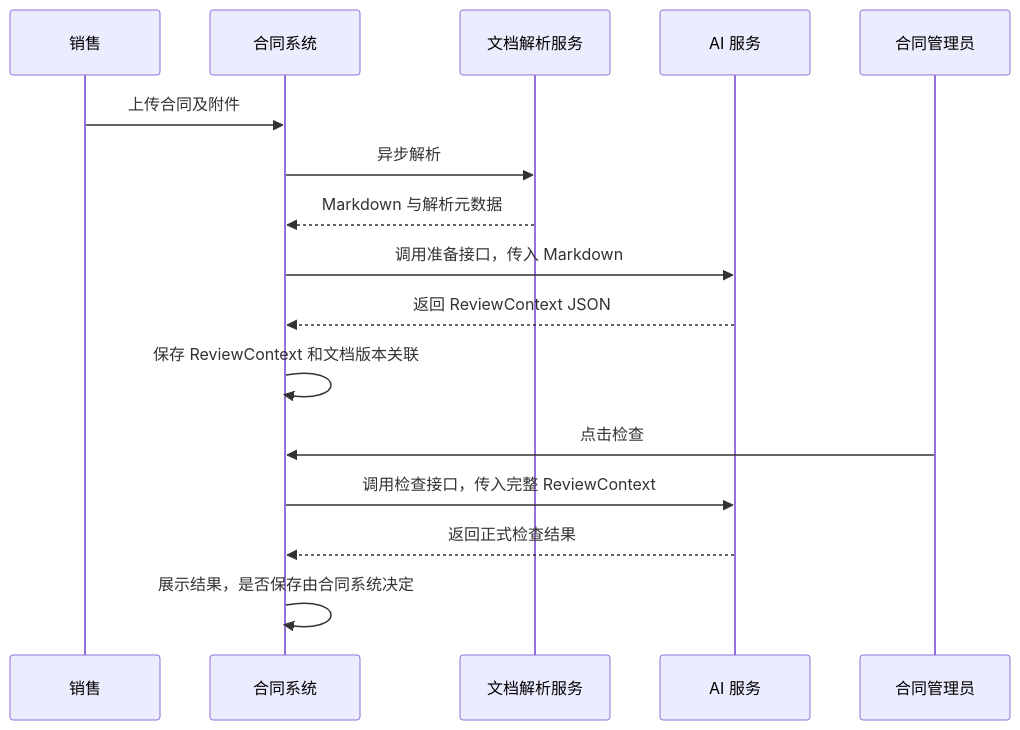
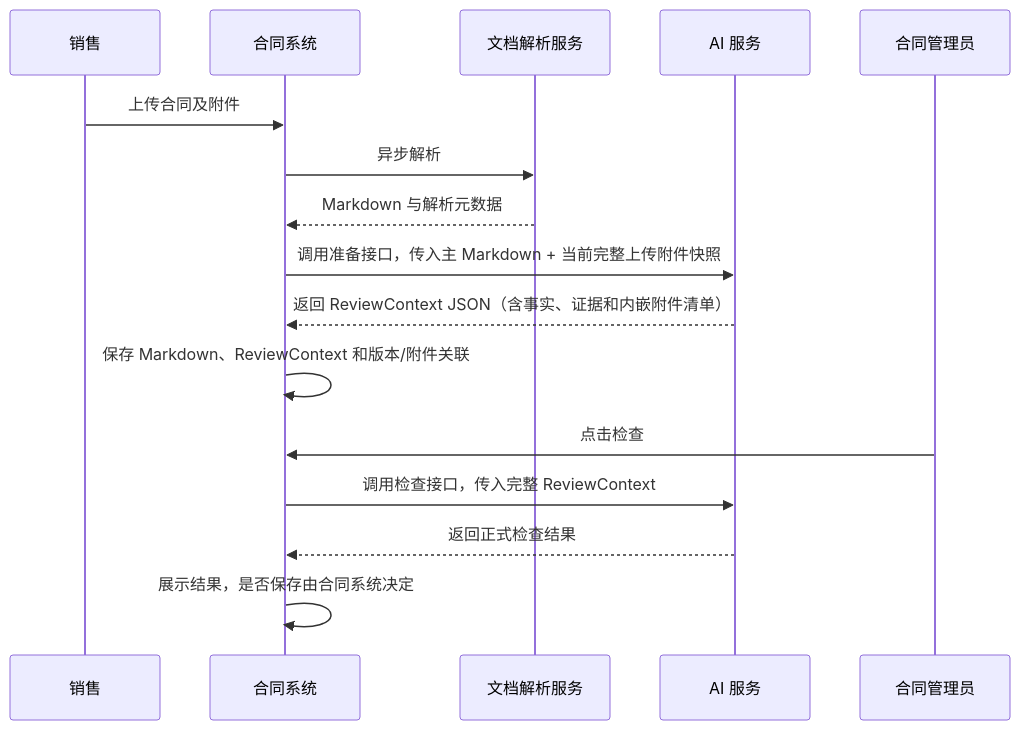
One commit to wxflyww/ltc_ai changed the diagram in docs/integration/2026-07-28-contract-system-two-stage-review-communication-draft.md. Above: the diagram before and after it, drawn with Mermaid. The commit also changed other lines of this file and 3 other files, not shown here.

````diff
--- a/docs/integration/2026-07-28-contract-system-two-stage-review-communication-draft.md
+++ b/docs/integration/2026-07-28-contract-system-two-stage-review-communication-draft.md
@@ -17,19 +17,19 @@
 ```mermaid
 sequenceDiagram
     participant S as 销售
     participant C as 合同系统
     participant D as 文档解析服务
     participant A as AI 服务
     participant M as 合同管理员
 
     S->>C: 上传合同及附件
     C->>D: 异步解析
     D-->>C: Markdown 与解析元数据
-    C->>A: 调用准备接口，传入 Markdown
-    A-->>C: 返回 ReviewContext JSON
-    C->>C: 保存 ReviewContext 和文档版本关联
+    C->>A: 调用准备接口，传入主 Markdown + 当前完整上传附件快照
+    A-->>C: 返回 ReviewContext JSON（含事实、证据和内嵌附件清单）
+    C->>C: 保存 Markdown、ReviewContext 和版本/附件关联
     M->>C: 点击检查
     C->>A: 调用检查接口，传入完整 ReviewContext
     A-->>C: 返回正式检查结果
     C->>C: 展示结果，是否保存由合同系统决定
 ```
````
